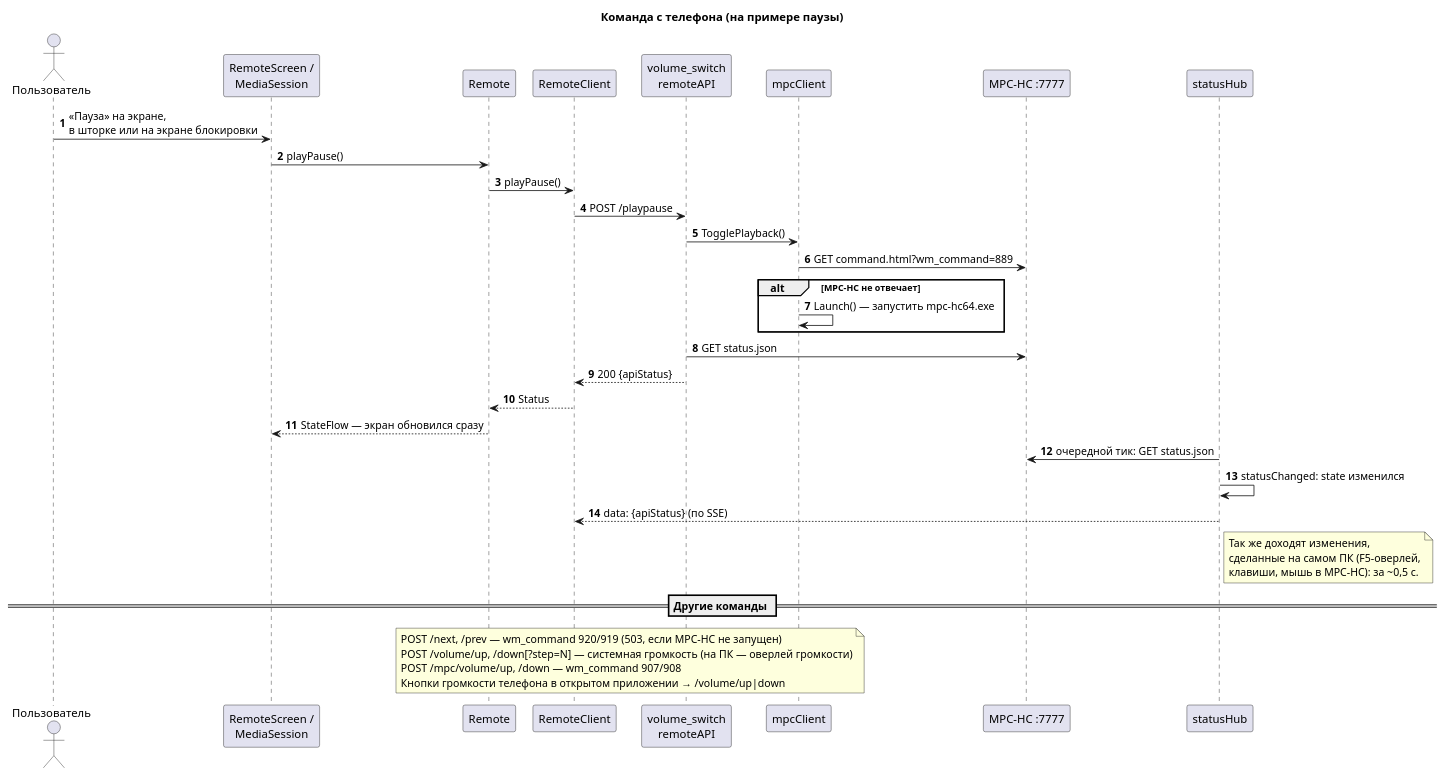
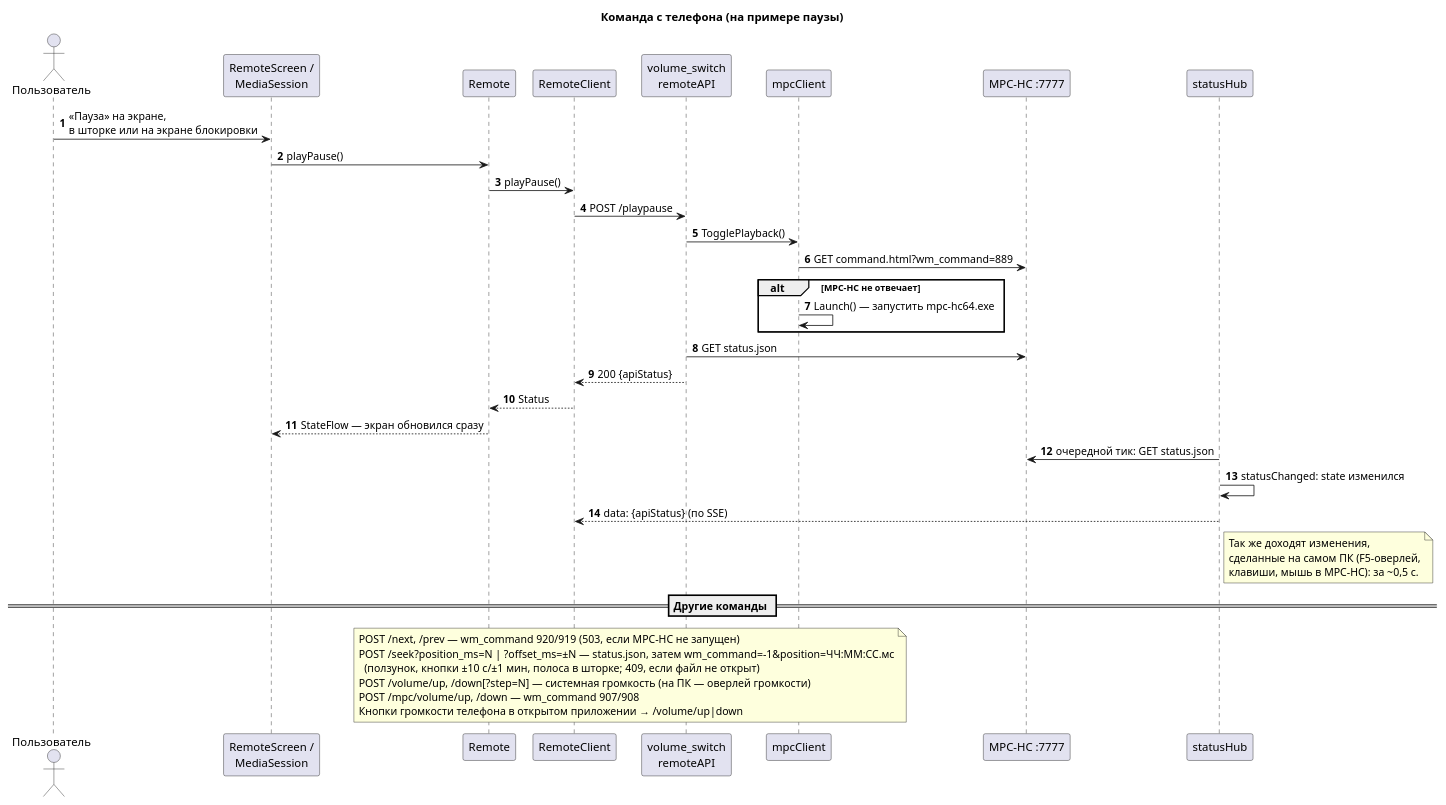
Before and after one commit to des1roer/volume_switch: the diagram in docs/plantuml/03-command.puml, drawn with PlantUML. The commit also changed 14 other files, not shown here.

```diff
--- a/docs/plantuml/03-command.puml
+++ b/docs/plantuml/03-command.puml
@@ -1,44 +1,46 @@
 @startuml remote-command
 title Команда с телефона (на примере паузы)
 
 autonumber
 actor "Пользователь" as user
 participant "RemoteScreen /\nMediaSession" as ui
 participant "Remote" as remote
 participant "RemoteClient" as client
 participant "volume_switch\nremoteAPI" as api
 participant "mpcClient" as mpc
 participant "MPC-HC :7777" as mpchc
 participant "statusHub" as hub
 
 user -> ui : «Пауза» на экране,\nв шторке или на экране блокировки
 ui -> remote : playPause()
 remote -> client : playPause()
 client -> api : POST /playpause
 api -> mpc : TogglePlayback()
 mpc -> mpchc : GET command.html?wm_command=889
 alt MPC-HC не отвечает
   mpc -> mpc : Launch() — запустить mpc-hc64.exe
 end
 api -> mpchc : GET status.json
 api --> client : 200 {apiStatus}
 client --> remote : Status
 remote --> ui : StateFlow — экран обновился сразу
 
 hub -> mpchc : очередной тик: GET status.json
 hub -> hub : statusChanged: state изменился
 hub --> client : data: {apiStatus} (по SSE)
 note right of hub
   Так же доходят изменения,
   сделанные на самом ПК (F5-оверлей,
   клавиши, мышь в MPC-HC): за ~0,5 с.
 end note
 
 == Другие команды ==
 note over client, api
   POST /next, /prev — wm_command 920/919 (503, если MPC-HC не запущен)
+  POST /seek?position_ms=N | ?offset_ms=±N — status.json, затем wm_command=-1&position=ЧЧ:ММ:СС.мс
+    (ползунок, кнопки ±10 с/±1 мин, полоса в шторке; 409, если файл не открыт)
   POST /volume/up, /down[?step=N] — системная громкость (на ПК — оверлей громкости)
   POST /mpc/volume/up, /down — wm_command 907/908
   Кнопки громкости телефона в открытом приложении → /volume/up|down
 end note
 @enduml
```
